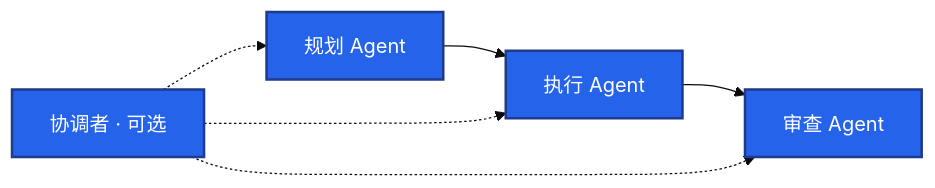
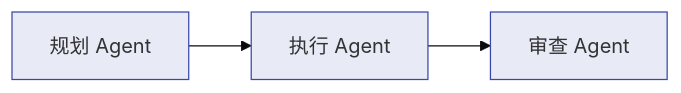
Before and after one commit to ml-cuizijun/LearnToLilith: the fourth of 5 diagrams in 09-AI与智能运维/06-Agent智能体/知识点.md, drawn with Mermaid (base theme). The commit also changed other lines of this file and 213 other files, not shown here.

````diff
--- a/09-AI与智能运维/06-Agent智能体/知识点.md
+++ b/09-AI与智能运维/06-Agent智能体/知识点.md
@@ -264,11 +194,8 @@
 ```mermaid
 flowchart LR
-    P[规划 Agent] --> E[执行 Agent]
-    E --> R[审查 Agent]
-    C[协调者 · 可选] -.-> P
-    C -.-> E
-    C -.-> R
-
-    classDef a fill:#2563EB,stroke:#1E3A8A,stroke-width:2px,color:#fff
-    class P,E,R,C a
+    classDef agent fill:#e8eaf6,stroke:#3949ab
+    P["规划 Agent"]:::agent
+    E["执行 Agent"]:::agent
+    R["审查 Agent"]:::agent
+    P --> E --> R
 ```
````
